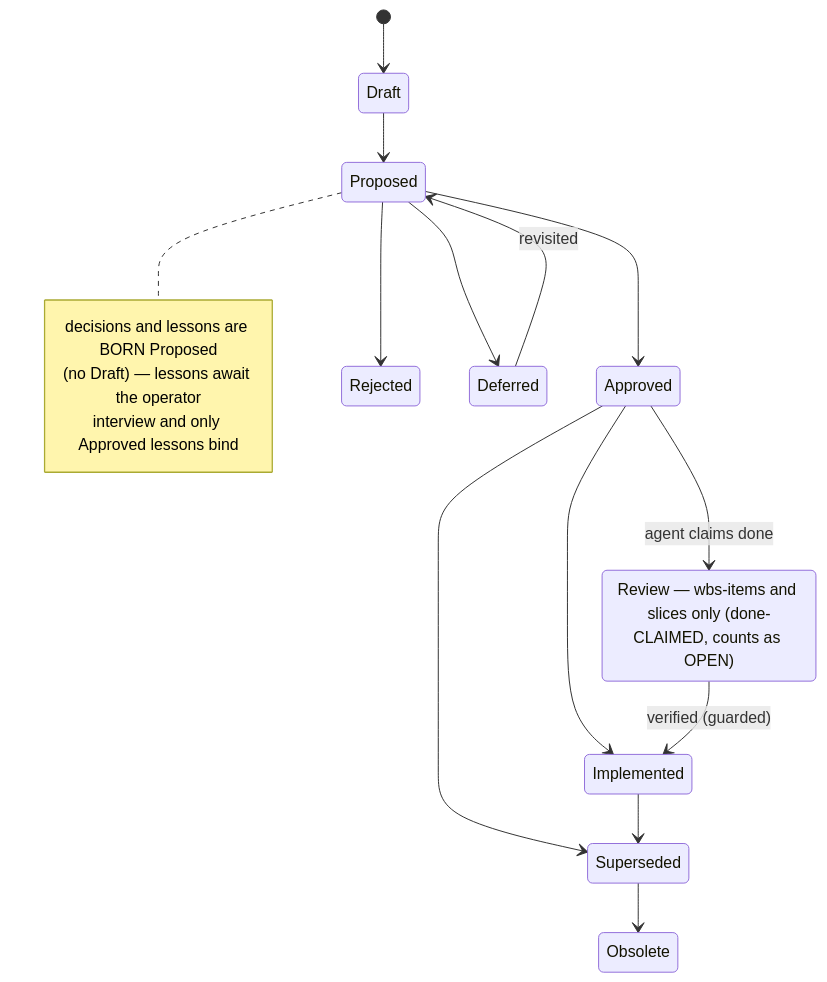
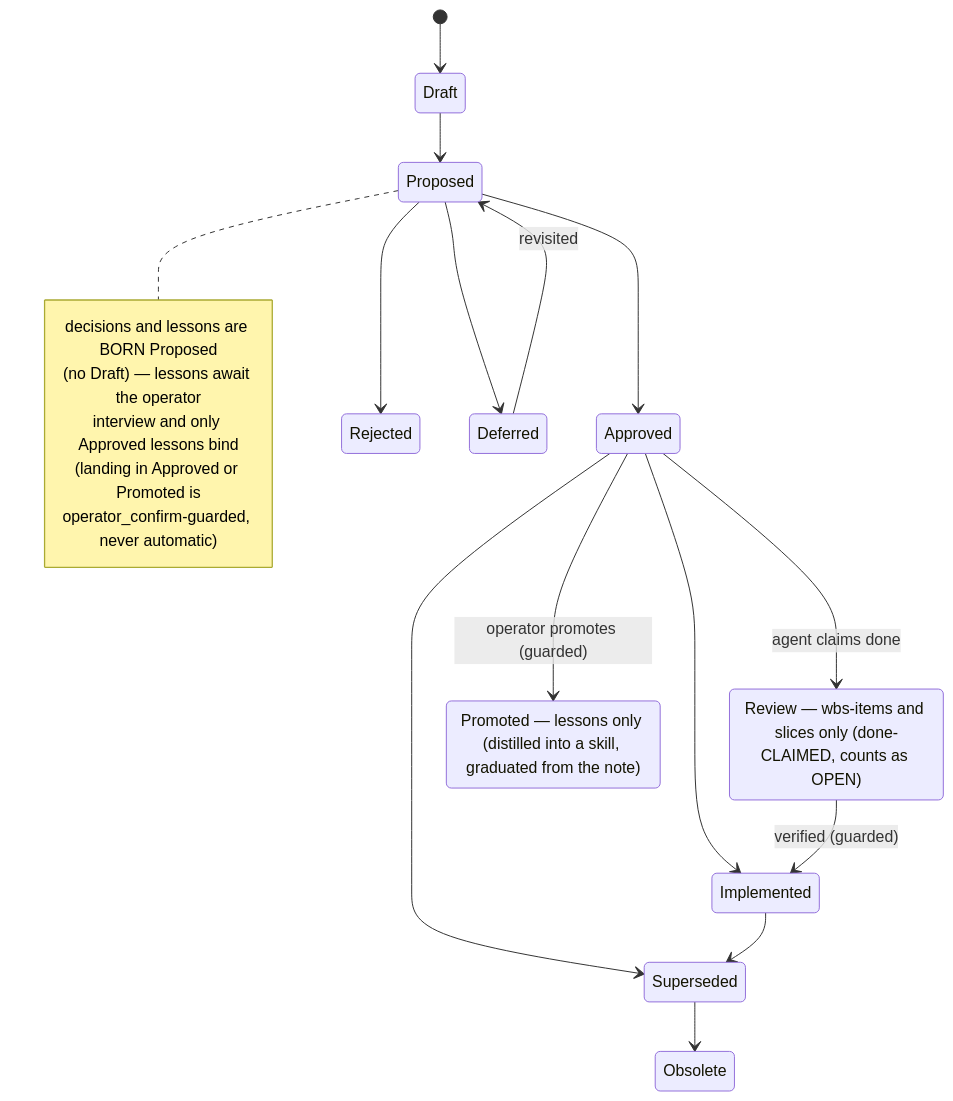
Before and after one commit to A-H-911/tamheed: the second of 2 diagrams in plugins/tamheed/references/artifact-catalog.md, drawn with Mermaid. The commit also changed other lines of this file and 45 other files, not shown here.

First line of the commit message:
feat: v4.4.0 — the confirm guard + lesson->skill promotion (plan 036)

````diff
--- a/plugins/tamheed/references/artifact-catalog.md
+++ b/plugins/tamheed/references/artifact-catalog.md
@@ -61,21 +63,25 @@
 ```mermaid
 stateDiagram-v2
     [*] --> Draft
     Draft --> Proposed
     Proposed --> Approved
     Proposed --> Rejected
     Proposed --> Deferred
     Deferred --> Proposed : revisited
     Approved --> Implemented
     Approved --> Superseded
     Implemented --> Superseded
     Superseded --> Obsolete
     state "Review — wbs-items and slices only (done-CLAIMED, counts as OPEN)" as Review
     Approved --> Review : agent claims done
     Review --> Implemented : verified (guarded)
+    state "Promoted — lessons only (distilled into a skill, graduated from the note)" as Promoted
+    Approved --> Promoted : operator promotes (guarded)
     note right of Proposed
         decisions and lessons are BORN Proposed
         (no Draft) — lessons await the operator
         interview and only Approved lessons bind
+        (landing in Approved or Promoted is
+        operator_confirm-guarded, never automatic)
     end note
 ```
````
